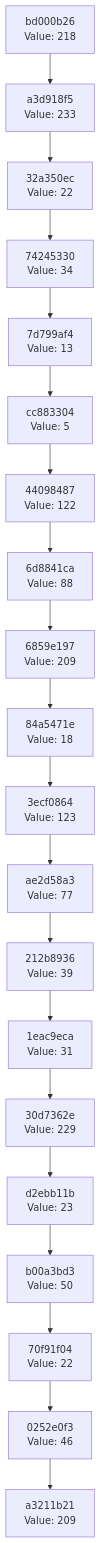
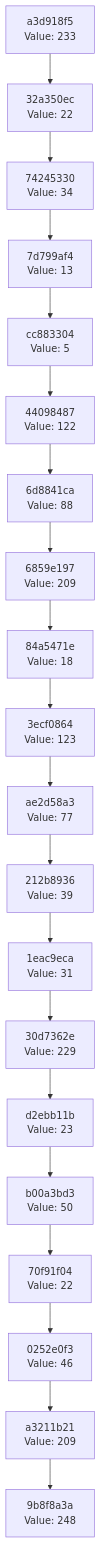
The diagram in docs/CHAIN_VISUALIZATION.md (Abhisheksinha1506/hash-chain-evolver), drawn with Mermaid before and after one commit. The commit also changed 3 other files, not shown here.

````diff
--- a/docs/CHAIN_VISUALIZATION.md
+++ b/docs/CHAIN_VISUALIZATION.md
@@ -3,42 +3,42 @@
 ```mermaid
 graph TD
-    C0["a3211b21<br/>Value: 209"]
-    C1["0252e0f3<br/>Value: 46"]
+    C0["9b8f8a3a<br/>Value: 248"]
+    C1["a3211b21<br/>Value: 209"]
     C1 --> C0
-    C2["70f91f04<br/>Value: 22"]
+    C2["0252e0f3<br/>Value: 46"]
     C2 --> C1
-    C3["b00a3bd3<br/>Value: 50"]
+    C3["70f91f04<br/>Value: 22"]
     C3 --> C2
-    C4["d2ebb11b<br/>Value: 23"]
+    C4["b00a3bd3<br/>Value: 50"]
     C4 --> C3
-    C5["30d7362e<br/>Value: 229"]
+    C5["d2ebb11b<br/>Value: 23"]
     C5 --> C4
-    C6["1eac9eca<br/>Value: 31"]
+    C6["30d7362e<br/>Value: 229"]
     C6 --> C5
-    C7["212b8936<br/>Value: 39"]
+    C7["1eac9eca<br/>Value: 31"]
     C7 --> C6
-    C8["ae2d58a3<br/>Value: 77"]
+    C8["212b8936<br/>Value: 39"]
     C8 --> C7
-    C9["3ecf0864<br/>Value: 123"]
+    C9["ae2d58a3<br/>Value: 77"]
     C9 --> C8
-    C10["84a5471e<br/>Value: 18"]
+    C10["3ecf0864<br/>Value: 123"]
     C10 --> C9
-    C11["6859e197<br/>Value: 209"]
+    C11["84a5471e<br/>Value: 18"]
     C11 --> C10
-    C12["6d8841ca<br/>Value: 88"]
+    C12["6859e197<br/>Value: 209"]
     C12 --> C11
-    C13["44098487<br/>Value: 122"]
+    C13["6d8841ca<br/>Value: 88"]
     C13 --> C12
-    C14["cc883304<br/>Value: 5"]
+    C14["44098487<br/>Value: 122"]
     C14 --> C13
-    C15["7d799af4<br/>Value: 13"]
+    C15["cc883304<br/>Value: 5"]
     C15 --> C14
-    C16["74245330<br/>Value: 34"]
+    C16["7d799af4<br/>Value: 13"]
     C16 --> C15
-    C17["32a350ec<br/>Value: 22"]
+    C17["74245330<br/>Value: 34"]
     C17 --> C16
-    C18["a3d918f5<br/>Value: 233"]
+    C18["32a350ec<br/>Value: 22"]
     C18 --> C17
-    C19["bd000b26<br/>Value: 218"]
+    C19["a3d918f5<br/>Value: 233"]
     C19 --> C18
 ```
````
